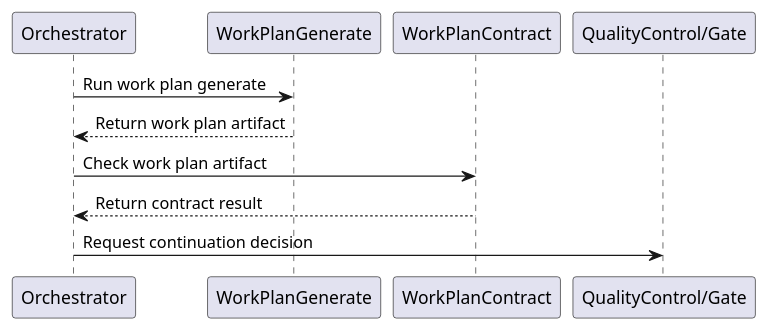
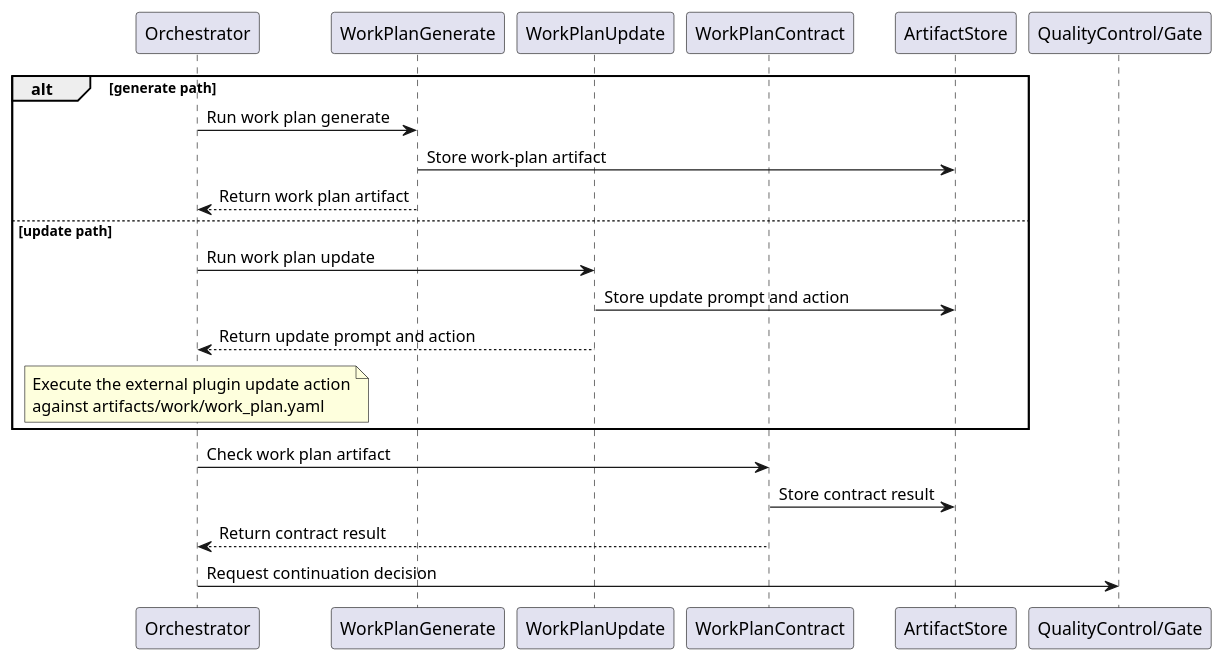
The second of 4 diagrams in project_layer/docs/breakdown_docs/work_design.md (lucky-chen/ai_workflow_travel), drawn with PlantUML before and after one commit. The commit also changed other lines of this file and 16 other files, not shown here.

````diff
--- a/project_layer/docs/breakdown_docs/work_design.md
+++ b/project_layer/docs/breakdown_docs/work_design.md
@@ -90,14 +99,28 @@
 ```plantuml
 @startuml
 participant Orchestrator
 participant WorkPlanGenerate
+participant WorkPlanUpdate
 participant WorkPlanContract
+participant ArtifactStore
 participant "QualityControl/Gate" as Gate
 
-Orchestrator -> WorkPlanGenerate: Run work plan generate
-WorkPlanGenerate --> Orchestrator: Return work plan artifact
+alt generate path
+  Orchestrator -> WorkPlanGenerate: Run work plan generate
+  WorkPlanGenerate -> ArtifactStore: Store work-plan artifact
+  WorkPlanGenerate --> Orchestrator: Return work plan artifact
+else update path
+  Orchestrator -> WorkPlanUpdate: Run work plan update
+  WorkPlanUpdate -> ArtifactStore: Store update prompt and action
+  WorkPlanUpdate --> Orchestrator: Return update prompt and action
+  note over Orchestrator
+    Execute the external plugin update action
+    against artifacts/work/work_plan.yaml
+  end note
+end
 Orchestrator -> WorkPlanContract: Check work plan artifact
+WorkPlanContract -> ArtifactStore: Store contract result
 WorkPlanContract --> Orchestrator: Return contract result
 Orchestrator -> Gate: Request continuation decision
 @enduml
 ```
````
